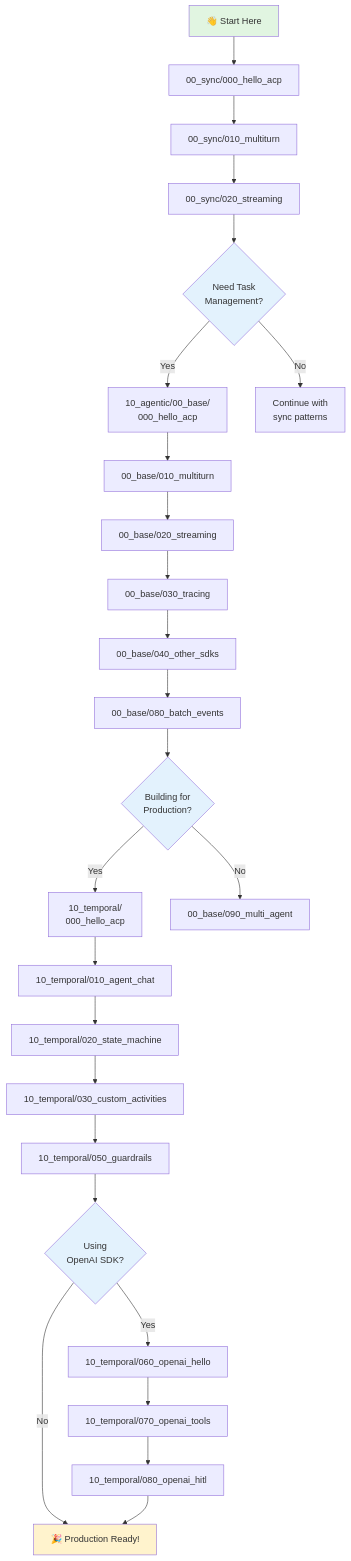
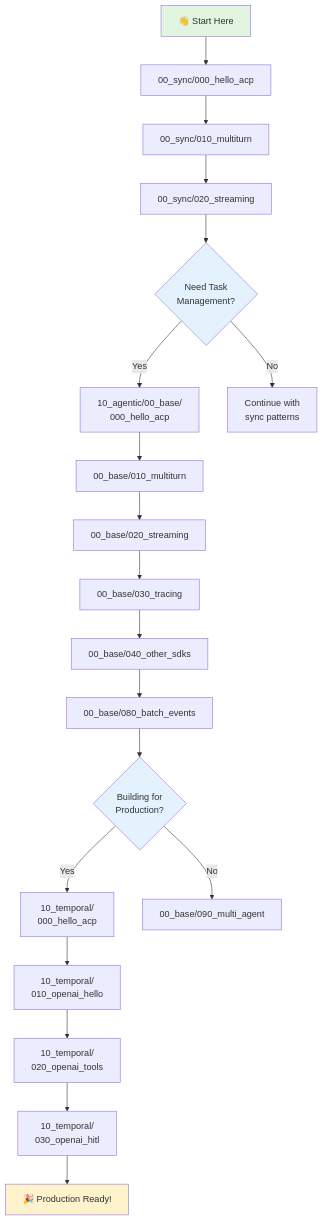
One commit to scaleapi/scale-agentex-python changed the diagram in examples/tutorials/README.md. Above: the diagram before and after it, drawn with Mermaid. The commit also changed other lines of this file and 147 other files, not shown here.

````diff
--- a/examples/tutorials/README.md
+++ b/examples/tutorials/README.md
@@ -20,38 +20,30 @@
 ```mermaid
 graph TD
     A[👋 Start Here] --> B[00_sync/000_hello_acp]
     B --> C[00_sync/010_multiturn]
     C --> D[00_sync/020_streaming]
 
     D --> E{Need Task<br/>Management?}
     E -->|Yes| F[10_agentic/00_base/<br/>000_hello_acp]
     E -->|No| G[Continue with<br/>sync patterns]
 
     F --> H[00_base/010_multiturn]
     H --> I[00_base/020_streaming]
     I --> J[00_base/030_tracing]
     J --> K[00_base/040_other_sdks]
     K --> L[00_base/080_batch_events]
 
     L --> M{Building for<br/>Production?}
     M -->|Yes| N[10_temporal/<br/>000_hello_acp]
     M -->|No| O[00_base/090_multi_agent]
 
-    N --> P[10_temporal/010_agent_chat]
-    P --> Q[10_temporal/020_state_machine]
-    Q --> R[10_temporal/030_custom_activities]
-    R --> S[10_temporal/050_guardrails]
-
-    S --> T{Using<br/>OpenAI SDK?}
-    T -->|Yes| U[10_temporal/060_openai_hello]
-    U --> V[10_temporal/070_openai_tools]
-    V --> W[10_temporal/080_openai_hitl]
-    T -->|No| X[🎉 Production Ready!]
-    W --> X
+    N --> P[10_temporal/<br/>010_openai_hello]
+    P --> Q[10_temporal/<br/>020_openai_tools]
+    Q --> R[10_temporal/<br/>030_openai_hitl]
+    R --> S[🎉 Production Ready!]
 
     style A fill:#e1f5e1
-    style X fill:#fff3cd
+    style S fill:#fff3cd
     style E fill:#e3f2fd
     style M fill:#e3f2fd
-    style T fill:#e3f2fd
 ```
````
